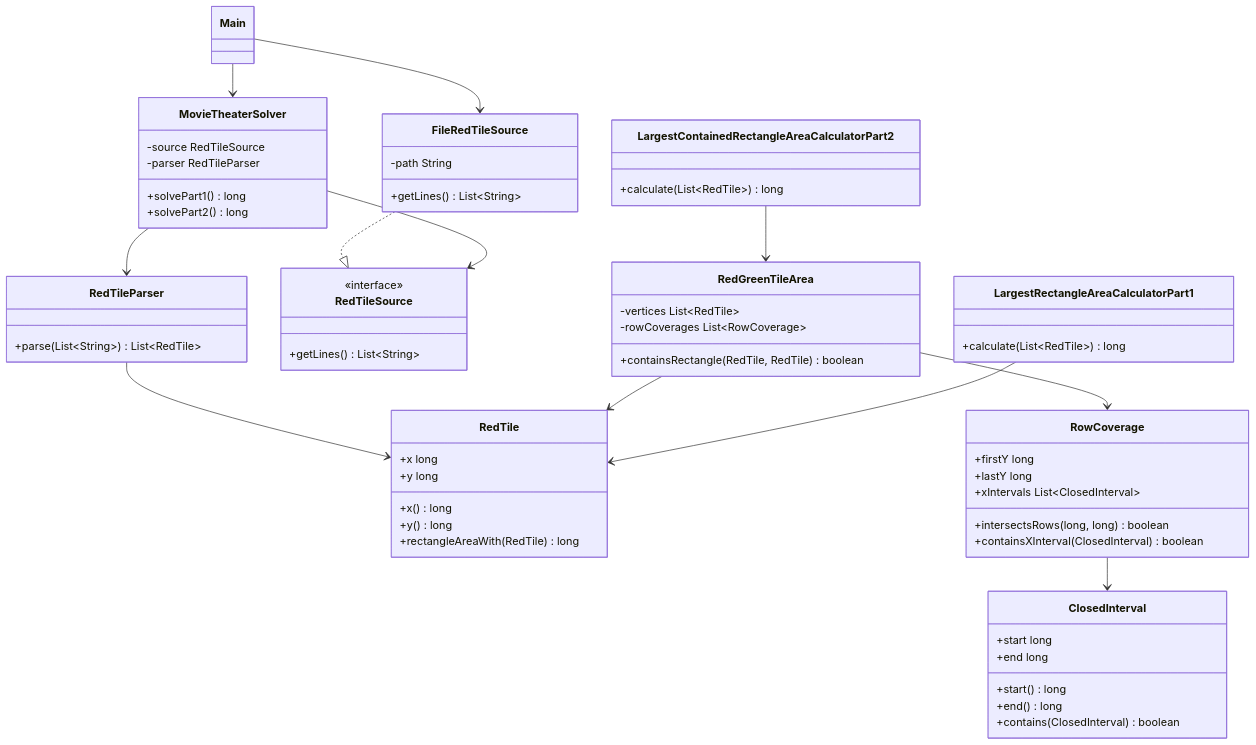
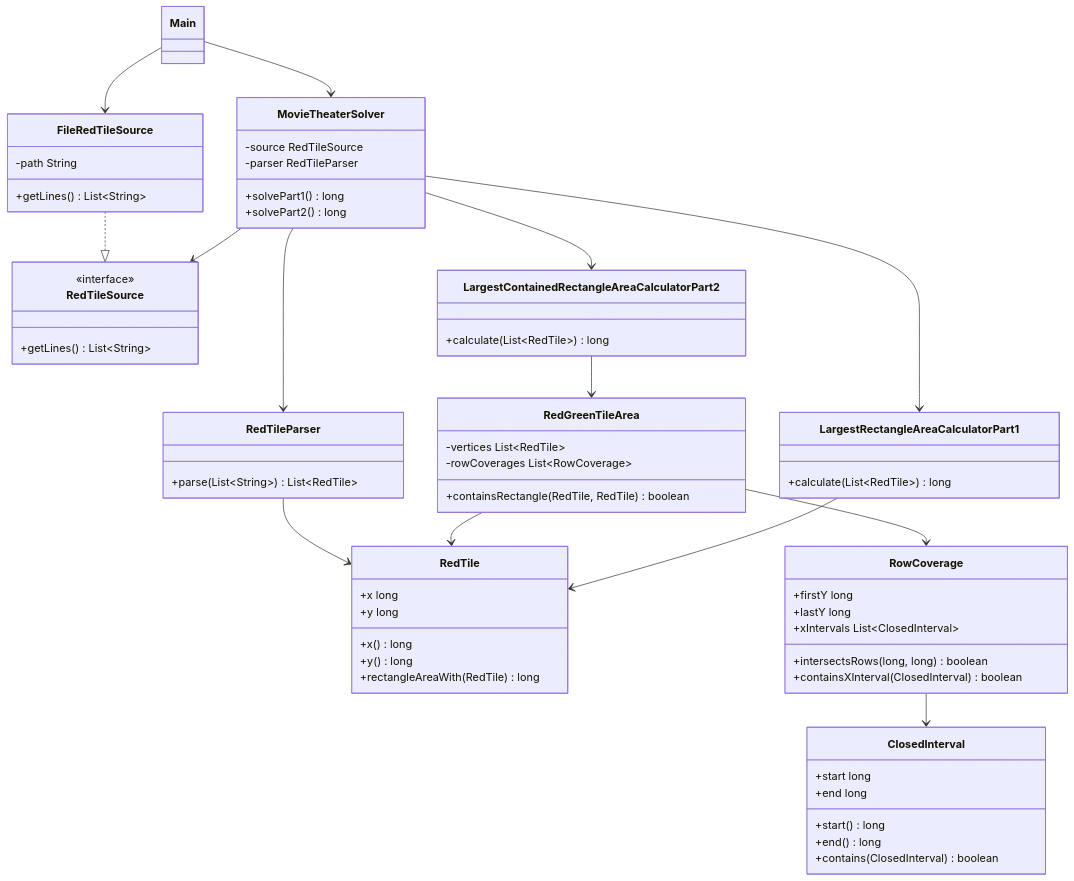
Before and after one commit to JavierGlezVel/AoC2025: the diagram in dia9/README.md, drawn with Mermaid. The commit also changed 7 other files, not shown here.

````diff
--- a/dia9/README.md
+++ b/dia9/README.md
@@ -312,65 +312,67 @@
 ```mermaid
 classDiagram
     class Main
     class MovieTheaterSolver {
         -source RedTileSource
         -parser RedTileParser
         +solvePart1() long
         +solvePart2() long
     }
     class RedTileParser {
         +parse(List~String~) List~RedTile~
     }
     class RedTileSource {
         <<interface>>
         +getLines() List~String~
     }
     class FileRedTileSource {
         -path String
         +getLines() List~String~
     }
     class RedTile {
         +x long
         +y long
         +x() long
         +y() long
         +rectangleAreaWith(RedTile) long
     }
     class ClosedInterval {
         +start long
         +end long
         +start() long
         +end() long
         +contains(ClosedInterval) boolean
     }
     class RowCoverage {
         +firstY long
         +lastY long
         +xIntervals List~ClosedInterval~
         +intersectsRows(long, long) boolean
         +containsXInterval(ClosedInterval) boolean
     }
     class RedGreenTileArea {
         -vertices List~RedTile~
         -rowCoverages List~RowCoverage~
         +containsRectangle(RedTile, RedTile) boolean
     }
     class LargestRectangleAreaCalculatorPart1 {
         +calculate(List~RedTile~) long
     }
     class LargestContainedRectangleAreaCalculatorPart2 {
         +calculate(List~RedTile~) long
     }
 
     Main --> MovieTheaterSolver
     Main --> FileRedTileSource
     FileRedTileSource ..|> RedTileSource
     MovieTheaterSolver --> RedTileSource
     MovieTheaterSolver --> RedTileParser
+    MovieTheaterSolver --> LargestRectangleAreaCalculatorPart1
+    MovieTheaterSolver --> LargestContainedRectangleAreaCalculatorPart2
     RedTileParser --> RedTile
     RedGreenTileArea --> RedTile
     RedGreenTileArea --> RowCoverage
     RowCoverage --> ClosedInterval
     LargestRectangleAreaCalculatorPart1 --> RedTile
     LargestContainedRectangleAreaCalculatorPart2 --> RedGreenTileArea
 ```
````
